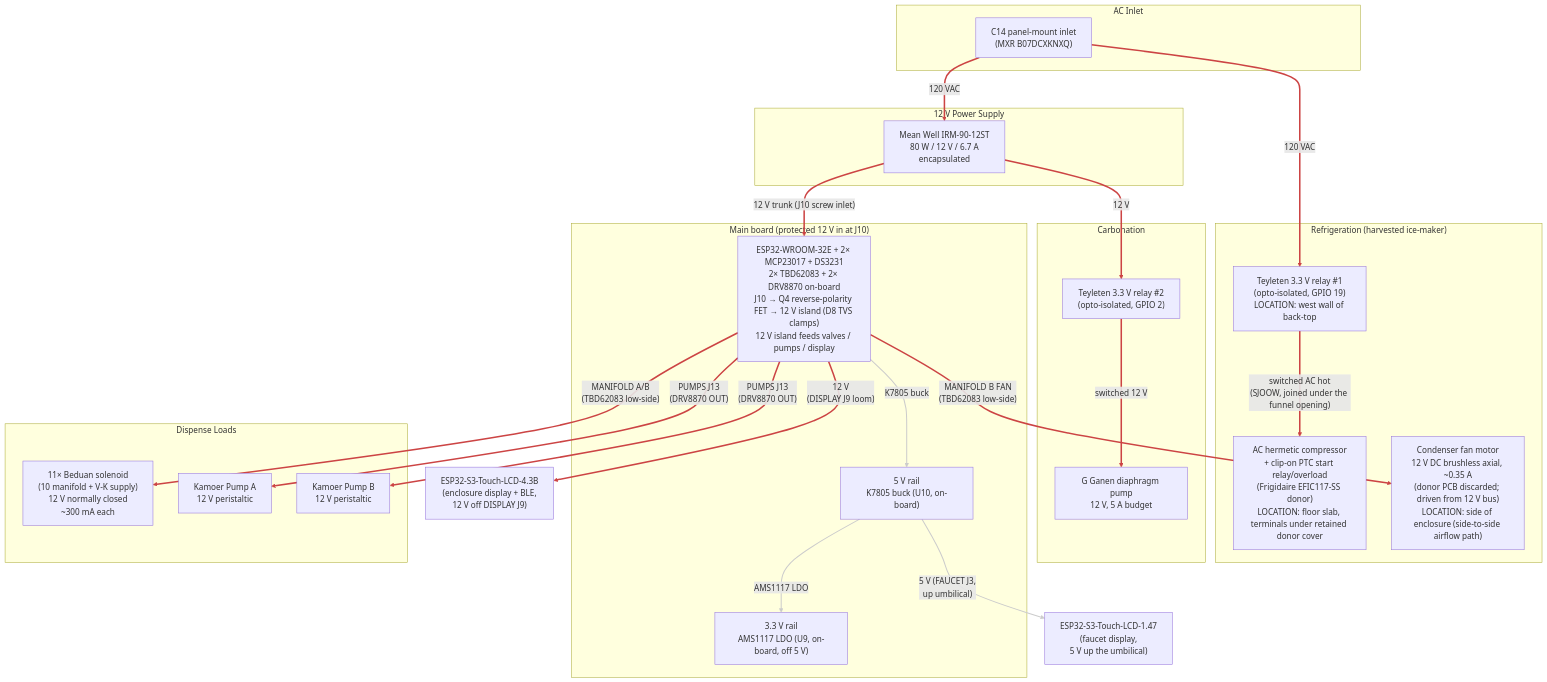
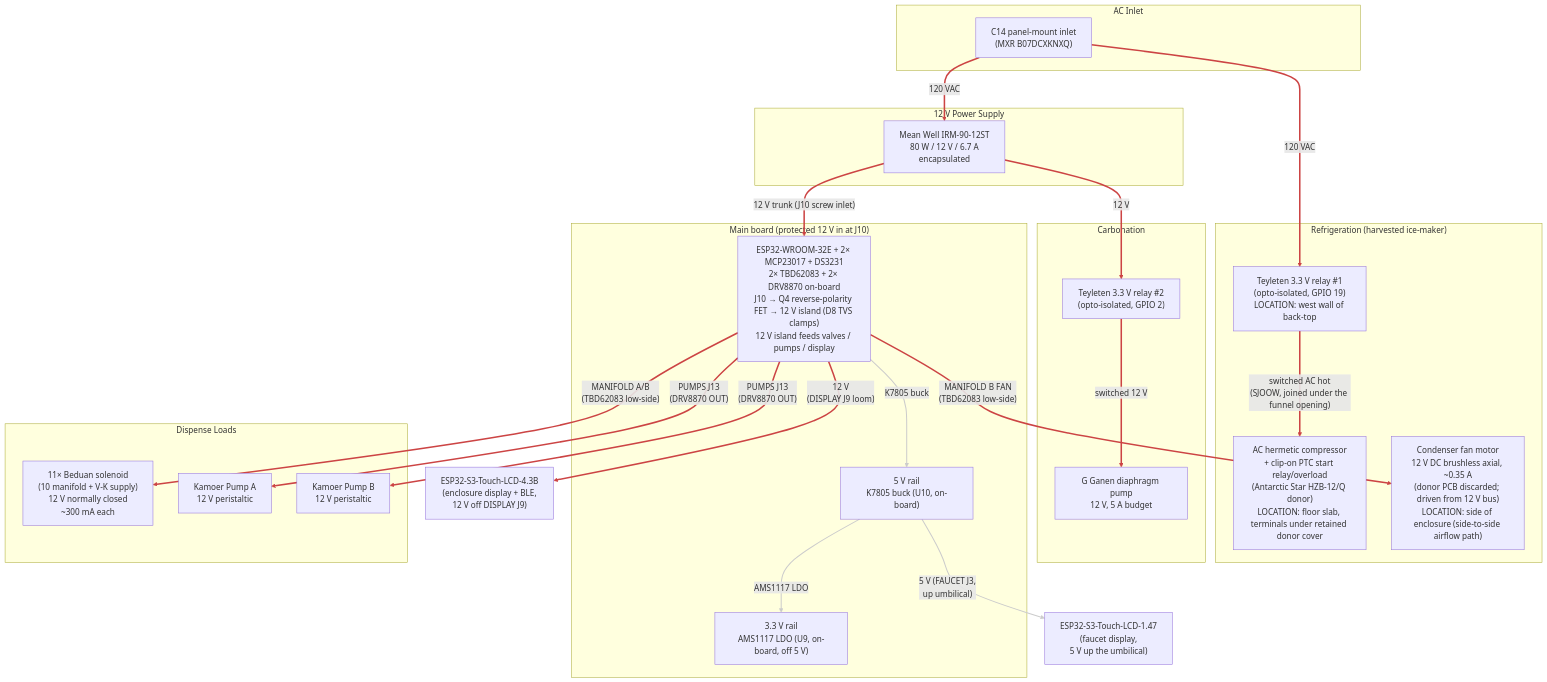
Before and after one commit to derekbreden/homesodamachine: the diagram in hardware/wiring/power.mmd, drawn with Mermaid. The commit also changed 27 other files, not shown here.

First line of the commit message:
Use one Antarctic Star donor and commission the charge by load

```diff
--- a/hardware/wiring/power.mmd
+++ b/hardware/wiring/power.mmd
@@ -1,132 +1,132 @@
 flowchart TD
 
   %% Power Distribution (current plan).
   %% 120 VAC mains in via C14 inlet; Mean Well 12 V PSU supplies the
   %% 12 V bus for everything except the compressor itself, which runs
   %% on switched mains via Teyleten relay #1 (main board RELAYS J5, ESP32
   %% GPIO 19). The 12 V diaphragm pump is gated by Teyleten relay #2
   %% (main board RELAYS J5, ESP32 GPIO 2) so firmware can keep refill off
   %% during an active dispense. Both relay modules take their coil/opto
   %% 5 V from RELAYS J5.
   %% The 12 V bus feeds the main board at its screw inlet (J10).
   %% The inlet is protected in series: a P-channel MOSFET (Q4, AO3407)
   %% in the high side blocks reverse polarity before the 12 V reaches the
   %% island; and a 15 V TVS (D8, SMAJ15A) clamps input surges the main board
   %% sees to under C3's 25 V rating. Overcurrent is bounded by the Mean
   %% Well supply's own 6.7 A OCP.
   %% The main board makes its own logic rails — 5 V from the on-board K7805
   %% buck (U10), 3.3 V from the on-board AMS1117 LDO (U9, off the 5 V
   %% rail) — and carries the WROOM, both MCP23017s, the RTC, both
   %% TBD62083s, and the two DRV8870 pump H-bridges. Off-board 12 V
   %% loads draw through the main board: solenoid valves + condenser fan
   %% through the TBD62083 channels (MANIFOLD A/B), peristaltic pumps through
   %% the DRV8870s (PUMPS J13), and the enclosure display through its
   %% loom connector (DISPLAY J9 carries RS485 + 12 V). The faucet
   %% display takes 5 V up the umbilical (FAUCET J3); the sensor loom
   %% (SENSORS J4) and the MQ-6 heater (GAS J11) draw 5 V / 3.3 V off
   %% the same on-board rails.
   %% Physical placement:
   %% - The C14 inlet and the three mains WAGOs (H, N, PE) stand on
   %%   back-top's +Y wall, west/upper. The PSU stands upright on
   %%   back-top's west (-X) sidewall beneath both Teyleten relays. The
   %%   main board lies flat on the cold-core lid, west/forward.
   %% - The compressor sits middle-bottom, bolted down to the enclosure
   %%   floor slab on four printed posts. Its terminal block and its
   %%   clip-on PTC start relay + overload module remain under the R-600a
   %%   donor's own moulded power-box cover. The build adds no second
   %%   sheet-metal shroud; `/business/regulatory.md` carries the
   %%   qualification still owed on the retained donor cover.
   %% - Teyleten relay #1 stays on back-top's WEST WALL, away from the
   %%   refrigerant compartment. Only switched AC reaches the compressor —
   %%   one jacketed SJOOW bundle, switched H + N + chassis G (AC-4/5/6).
   %%   Its H and N cores meet the relay's and the N block's back-top
   %%   pigtails in lever-nut joins under the funnel opening; PE lands in
   %%   the rear PE WAGO. This keeps the arcing contact out of the
   %%   hydrocarbon-refrigerant volume, which is the one placement rule
   %%   that still holds there.
   %% - The condenser fan motor is on the side of the enclosure
   %%   (the side-to-side intake → condenser → exhaust airflow path).
   %%   It is a 12 V DC brushless axial
   %%   fan: the donor ice maker's own PCB regulated mains to 12 V
   %%   to drive it (factory wiring was never AC on the fan itself),
   %%   so on harvest we discard the donor PCB and drive the fan
   %%   from our own 12 V bus. Low-side switched via one channel of
   %%   TBD62083 #2 (MANIFOLD B FAN pin, driven from MCP23017 0x21
   %%   PA3) — same pattern as the solenoid valves. Firmware turns it
   %%   on/off in lockstep with the compressor.
   %% See `ac-wiring-schedule.md` for run-by-run gauges + lengths and
   %% `../assembly/enclosure-mechanical.md` §5 for the compressor's
   %% four floor posts and the bond that lands under one of their screws.
 
   subgraph AC_Inlet["AC Inlet"]
     C14["C14 panel-mount inlet\n(MXR B07DCXKNXQ)"]
   end
 
   subgraph Supply["12 V Power Supply"]
     PSU["Mean Well IRM-90-12ST\n80 W / 12 V / 6.7 A\nencapsulated"]
   end
 
   subgraph Refrigeration["Refrigeration  (harvested ice-maker)"]
     RELAY["Teyleten 3.3 V relay #1\n(opto-isolated, GPIO 19)\nLOCATION: west wall of back-top"]
-    COMP_AC["AC hermetic compressor\n+ clip-on PTC start relay/overload\n(Frigidaire EFIC117-SS donor)\nLOCATION: floor slab, terminals under retained donor cover"]
+    COMP_AC["AC hermetic compressor\n+ clip-on PTC start relay/overload\n(Antarctic Star HZB-12/Q donor)\nLOCATION: floor slab, terminals under retained donor cover"]
     COND_FAN["Condenser fan motor\n12 V DC brushless axial, ~0.35 A\n(donor PCB discarded; driven from 12 V bus)\nLOCATION: side of enclosure (side-to-side airflow path)"]
   end
 
   subgraph Carbonation["Carbonation"]
     DIA_RELAY["Teyleten 3.3 V relay #2\n(opto-isolated, GPIO 2)"]
     DIA_PUMP["G Ganen diaphragm pump\n12 V, 5 A budget"]
   end
 
   subgraph Board["Main board  (protected 12 V in at J10)"]
     MAIN["ESP32-WROOM-32E + 2× MCP23017 + DS3231\n2× TBD62083 + 2× DRV8870 on-board\nJ10 → Q4 reverse-polarity FET → 12 V island (D8 TVS clamps)\n12 V island feeds valves / pumps / display"]
     REG_5V["5 V rail\nK7805 buck (U10, on-board)"]
     REG_3V3["3.3 V rail\nAMS1117 LDO (U9, on-board, off 5 V)"]
   end
 
   subgraph Dispense["Dispense Loads"]
     VALVES["11× Beduan solenoid\n(10 manifold + V-K supply)\n12 V normally closed\n~300 mA each"]
     PUMP_A["Kamoer Pump A\n12 V peristaltic"]
     PUMP_B["Kamoer Pump B\n12 V peristaltic"]
   end
 
   CFG["ESP32-S3-Touch-LCD-4.3B\n(enclosure display + BLE,\n 12 V off DISPLAY J9)"]
 
   FAUCET["ESP32-S3-Touch-LCD-1.47\n(faucet display,\n 5 V up the umbilical)"]
 
   %% AC distribution (hot leg)
   C14 ==>|"120 VAC"| RELAY
   C14 ==>|"120 VAC"| PSU
   RELAY ==>|"switched AC hot\n(SJOOW, joined under the funnel opening)"| COMP_AC
 
   %% 12 V distribution
   PSU ==>|"12 V trunk (J10 screw inlet)"| MAIN
   PSU ==>|"12 V"| DIA_RELAY
   DIA_RELAY ==>|"switched 12 V"| DIA_PUMP
   MAIN ==>|"MANIFOLD A/B\n(TBD62083 low-side)"| VALVES
   MAIN ==>|"MANIFOLD B FAN\n(TBD62083 low-side)"| COND_FAN
   MAIN ==>|"PUMPS J13\n(DRV8870 OUT)"| PUMP_A
   MAIN ==>|"PUMPS J13\n(DRV8870 OUT)"| PUMP_B
   MAIN ==>|"12 V\n(DISPLAY J9 loom)"| CFG
 
   %% Logic rails (made on the main board)
   MAIN -->|"K7805 buck"| REG_5V
   REG_5V -->|"5 V (FAUCET J3,\n up umbilical)"| FAUCET
   REG_5V -->|"AMS1117 LDO"| REG_3V3
 
   %% Power paths (red, thick).
   %% 0    = C14 -> relay #1 (AC mains)
   %% 1    = C14 -> PSU (AC mains)
   %% 2    = relay #1 -> compressor (switched AC, SJOOW lead)
   %% 3    = PSU 12 V trunk -> MAIN (J10)
   %% 4    = PSU 12 V -> diaphragm relay #2
   %% 5    = relay #2 -> diaphragm pump (switched 12 V)
   %% 6    = MAIN -> solenoid valves (TBD62083 low-side)
   %% 7    = MAIN -> condenser fan (TBD62083 low-side)
   %% 8-9  = MAIN -> peristaltic pumps (DRV8870)
   %% 10   = MAIN -> enclosure display (12 V off J9)
   linkStyle 0,1,2,3,4,5,6,7,8,9,10 stroke:#c44,stroke-width:3px
   %% Logic rails (5 V, 3.3 V), made on the main board: white workhorse.
   %% 11 = K7805 buck -> 5 V rail
   %% 12 = 5 V rail -> faucet display (up umbilical)
   %% 13 = AMS1117 -> 3.3 V rail
   linkStyle 11,12,13 stroke:#ccc,stroke-width:2px
```
